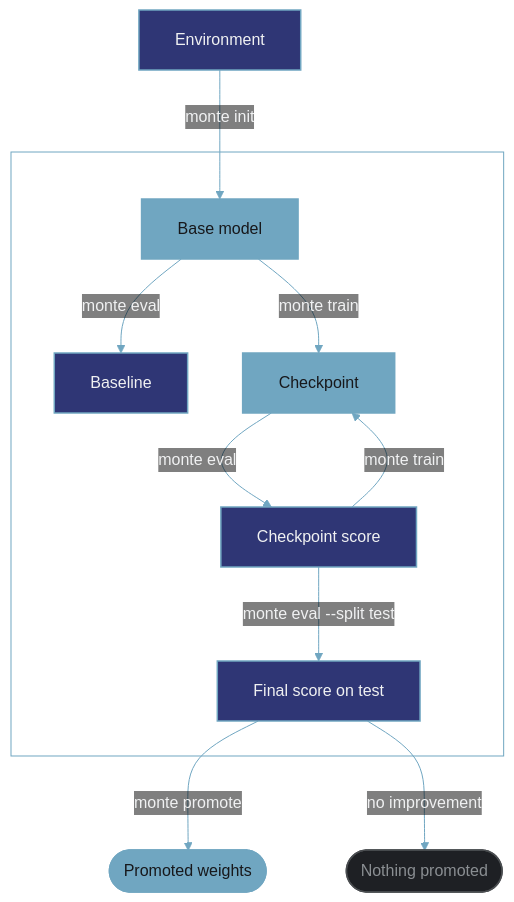
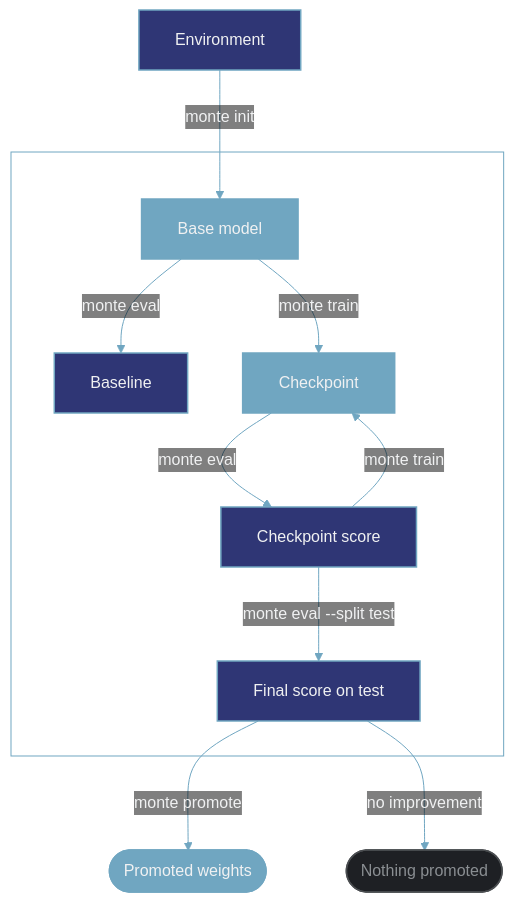
The diagram in index.mdx (Monte-Inc/internal-monte-platform-docs), drawn with Mermaid before and after one commit.

Commit message:
Updated mintlify pages
- Updated index.mdx

Mintlify-Source: dashboard-editor

````diff
--- a/index.mdx
+++ b/index.mdx
@@ -30,29 +30,29 @@
 ```mermaid actions={false}
-%%{init: {'theme': 'base', 'themeVariables': {'primaryColor': '#315594', 'primaryTextColor': '#F0F1F2', 'primaryBorderColor': '#315594', 'lineColor': '#70A6C1', 'textColor': '#F0F1F2', 'clusterBkg': 'transparent', 'clusterBorder': '#70A6C1', 'edgeLabelBackground': 'transparent', 'tertiaryColor': '#315594', 'tertiaryTextColor': '#F0F1F2', 'tertiaryBorderColor': '#315594'}, 'flowchart': {'subGraphTitleMargin': {'top': 0, 'bottom': 12}, 'rankSpacing': 70, 'nodeSpacing': 55, 'padding': 18}}}%%
+%%{init: {'theme': 'base', 'themeVariables': {'primaryColor': '#315594', 'primaryTextColor': '#F0F1F2', 'primaryBorderColor': '#315594', 'lineColor': '#70A6C1', 'textColor': '#17181B', 'clusterBkg': 'transparent', 'clusterBorder': '#70A6C1', 'edgeLabelBackground': 'transparent', 'tertiaryColor': '#315594', 'tertiaryTextColor': '#F0F1F2', 'tertiaryBorderColor': '#315594'}, 'flowchart': {'subGraphTitleMargin': {'top': 0, 'bottom': 12}, 'rankSpacing': 70, 'nodeSpacing': 55, 'padding': 18}}}%%
 flowchart TD
     ENV["Environment"]:::entry
 
     subgraph M[" "]
         BM["Base model"]:::model
         BASE["Baseline"]:::score
         CP["Checkpoint"]:::model
         SCORE["Checkpoint score"]:::score
         FINAL["Final score on test"]:::score
 
         BM -->|"monte eval"| BASE
         BM -->|"monte train"| CP
         CP -->|"monte eval"| SCORE
         SCORE -->|"monte train"| CP
         SCORE -->|"monte eval --split test"| FINAL
     end
 
     ENV -->|"monte init"| BM
     FINAL -->|"monte promote"| PROM(["Promoted weights"]):::promoted
     FINAL -->|"no improvement"| NONE(["Nothing promoted"]):::none
 
     classDef entry fill:#2F3675,stroke:#70A6C1,stroke-width:1.5px,color:#F0F1F2;
-    classDef model fill:#70A6C1,stroke:#70A6C1,stroke-width:1.5px,color:#17181B;
+    classDef model fill:#70A6C1,stroke:#70A6C1,stroke-width:1.5px,color:#F0F1F2;
     classDef score fill:#2F3675,stroke:#70A6C1,stroke-width:1.5px,color:#F0F1F2;
-    classDef promoted fill:#70A6C1,stroke:#70A6C1,stroke-width:1.5px,color:#17181B;
+    classDef promoted fill:#70A6C1,stroke:#70A6C1,stroke-width:1.5px,color:#F0F1F2;
     classDef none fill:#1E2024,stroke:#4A4D50,stroke-width:1.5px,color:#8A8E92;
 ```
````
